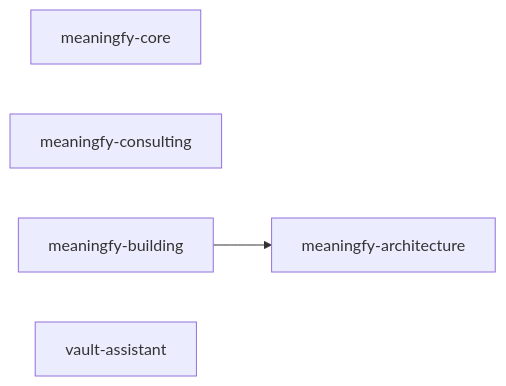
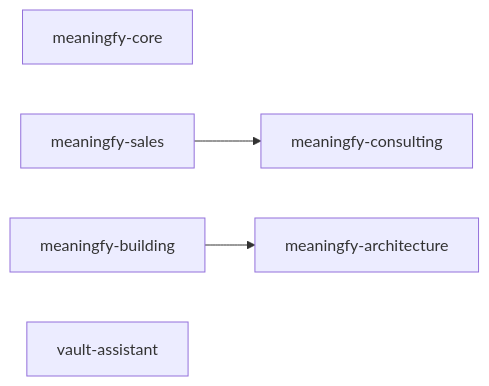
Before and after one commit to meaningfy-ws/skillery: the second of 3 diagrams in docs/skill-inventory.md, drawn with Mermaid. The commit also changed other lines of this file and 12 other files, not shown here.

First line of the commit message:
feat(bundles): move proposal-writing and estimation to meaningfy-sales

````diff
--- a/docs/skill-inventory.md
+++ b/docs/skill-inventory.md
@@ -172,9 +175,11 @@
 ```mermaid
 flowchart LR
   b_meaningfy_core["meaningfy-core"]
   b_meaningfy_consulting["meaningfy-consulting"]
+  b_meaningfy_sales["meaningfy-sales"]
   b_meaningfy_architecture["meaningfy-architecture"]
   b_meaningfy_building["meaningfy-building"]
   b_vault_assistant["vault-assistant"]
+  b_meaningfy_sales --> b_meaningfy_consulting
   b_meaningfy_building --> b_meaningfy_architecture
 ```
````
